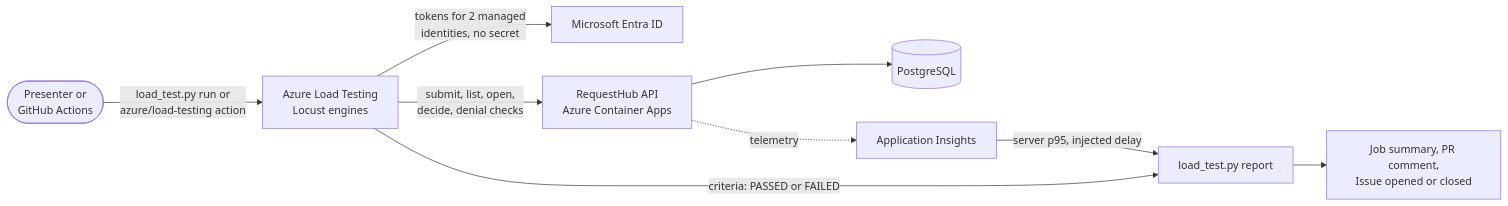
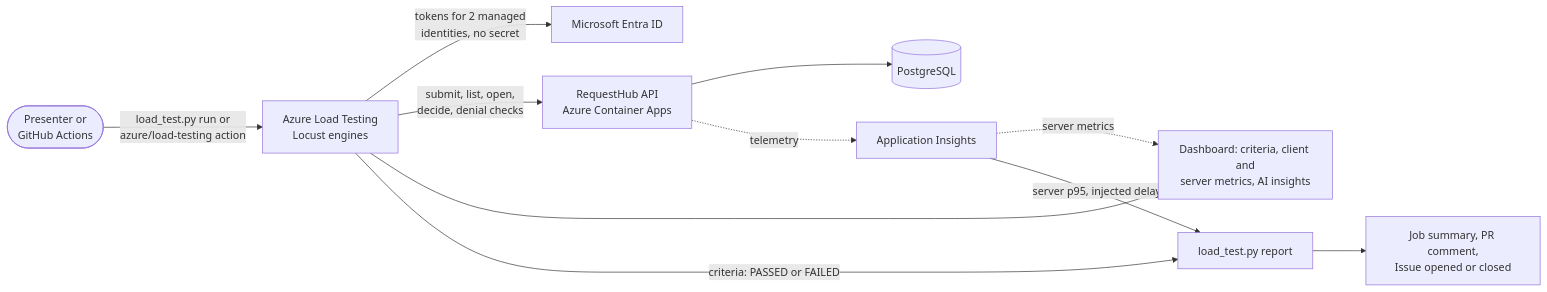
Before and after one commit to melabadi/adept-assessment-northstars: the diagram in solutions/04-test-microsoft/README.md, drawn with Mermaid. The commit also changed other lines of this file and 14 other files, not shown here.

````diff
--- a/solutions/04-test-microsoft/README.md
+++ b/solutions/04-test-microsoft/README.md
@@ -21,11 +23,13 @@
 ```mermaid
 flowchart LR
   who([Presenter or<br/>GitHub Actions]) -->|load_test.py run or<br/>azure/load-testing action| alt[Azure Load Testing<br/>Locust engines]
   alt -->|tokens for 2 managed<br/>identities, no secret| entra[Microsoft Entra ID]
   alt -->|submit, list, open,<br/>decide, denial checks| api[RequestHub API<br/>Azure Container Apps]
   api --> db[(PostgreSQL)]
   api -. telemetry .-> appi[Application Insights]
+  alt --> dash[Dashboard: criteria, client and<br/>server metrics, AI insights]
+  appi -. server metrics .-> dash
   alt -->|criteria: PASSED or FAILED| report[load_test.py report]
   appi -->|server p95, injected delay| report
   report --> gh[Job summary, PR comment,<br/>Issue opened or closed]
 ```
````
